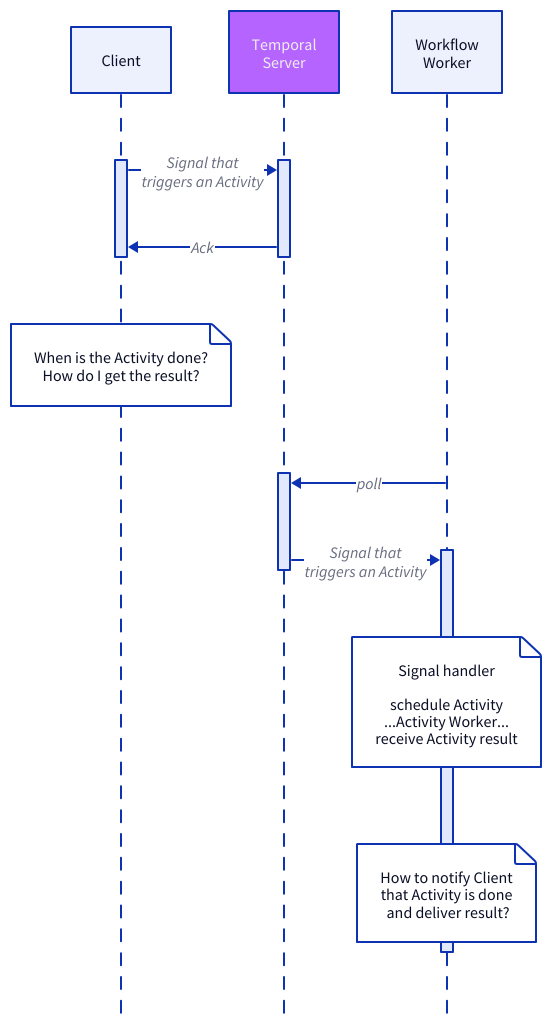
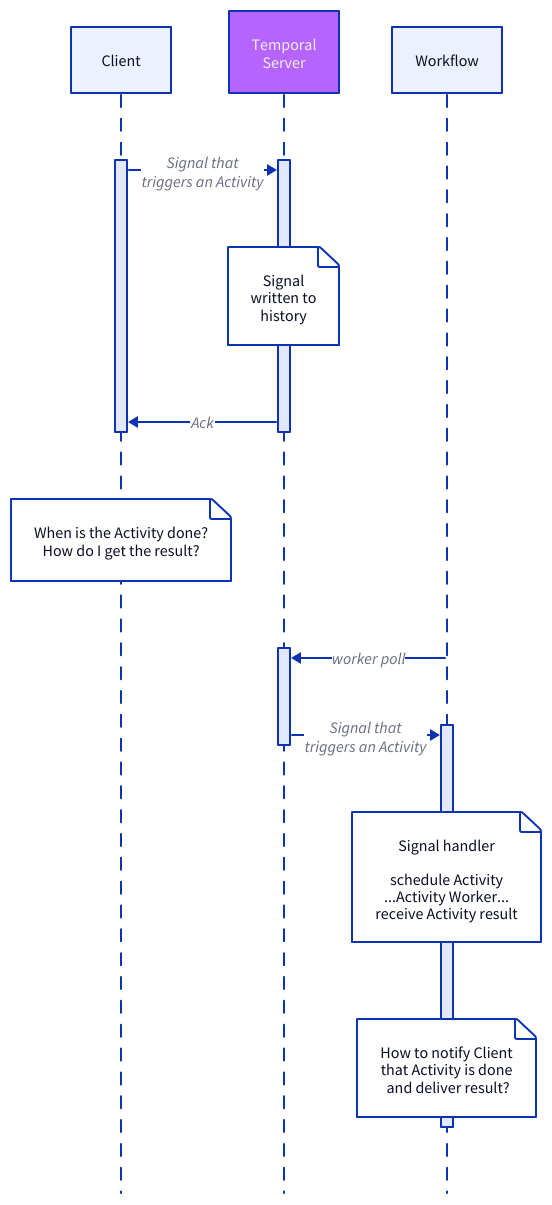
The diagram in diagrams/update-blog-signal.d2 (dandavison/temporalio-notes), drawn with D2 before and after one commit. The commit also changed 1 other file, not shown here.

Commit message:
update blog diagrams

```diff
--- a/diagrams/update-blog-signal.d2
+++ b/diagrams/update-blog-signal.d2
@@ -1,23 +1,24 @@
 shape: sequence_diagram
 
 C: {
   label: Client
 }
 S: {
   label: Temporal\nServer
 }
 W: {
-  label: Workflow\nWorker
+  label: Workflow
 }
 S.style: {
   fill: "#B664FF"
   font-color: "#EEEEEE"
 }
 
 C.1 -> S.1: Signal that\ntriggers an Activity
+S.1."Signal\nwritten to\nhistory"
 S.1 -> C.1: Ack
 C."When is the Activity done?\nHow do I get the result?"
-W -> S.2: poll
+W -> S.2: worker poll
 S.2 -> W.1: Signal that\ntriggers an Activity
 W.1."Signal handler\n\nschedule Activity\n...Activity Worker...\nreceive Activity result"
 W.1."How to notify Client\nthat Activity is done\n and deliver result?"
```
